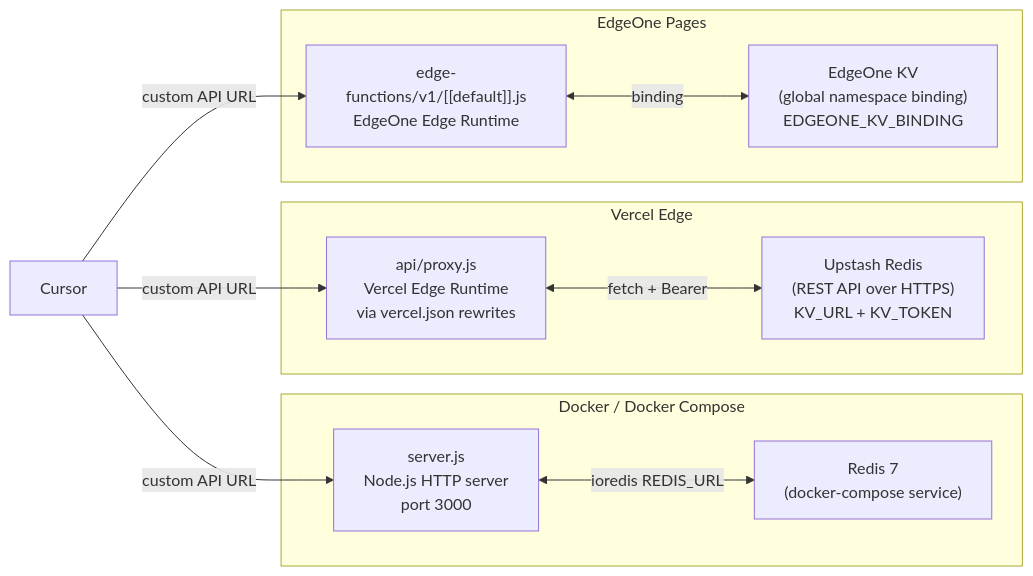
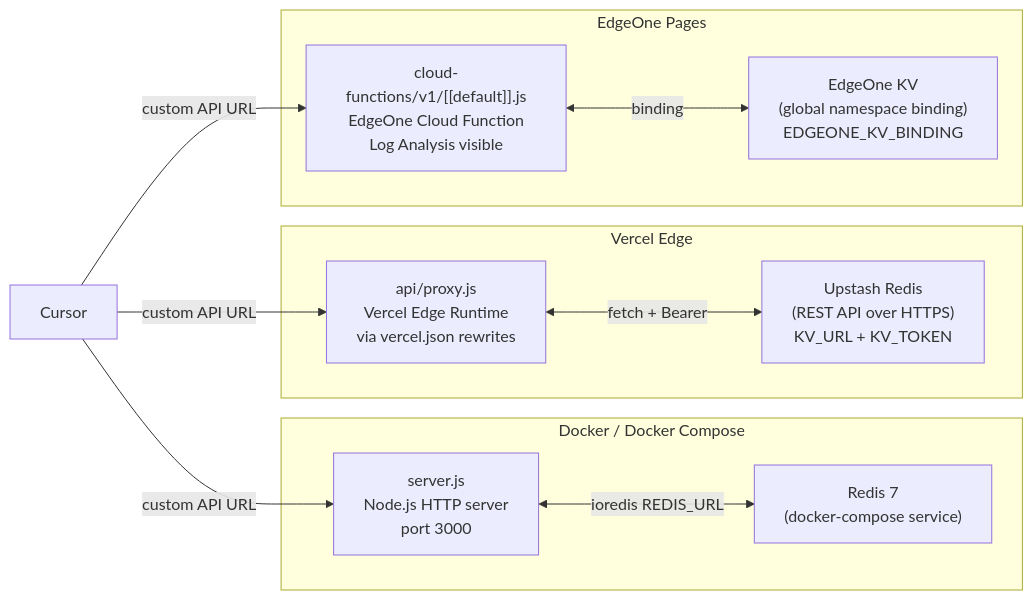
One commit to lqdflying/cursorProxy changed the second of 4 diagrams in doc/architecture-overview.md. Above: the diagram before and after it, drawn with Mermaid. The commit also changed other lines of this file and 22 other files, not shown here.

Commit message:
fix: route EdgeOne logs through cloud functions

````diff
--- a/doc/architecture-overview.md
+++ b/doc/architecture-overview.md
@@ -58,24 +58,24 @@
 ```mermaid
 flowchart LR
     subgraph "Docker / Docker Compose"
         SC["server.js\nNode.js HTTP server\nport 3000"]
         RD["Redis 7\n(docker-compose service)"]
         SC <-->|ioredis REDIS_URL| RD
     end
 
     subgraph "Vercel Edge"
         VEF["api/proxy.js\nVercel Edge Runtime\nvia vercel.json rewrites"]
         UP_KV["Upstash Redis\n(REST API over HTTPS)\nKV_URL + KV_TOKEN"]
         VEF <-->|fetch + Bearer| UP_KV
     end
 
     subgraph "EdgeOne Pages"
-        EOF["edge-functions/v1/[[default]].js\nEdgeOne Edge Runtime"]
+        EOF["cloud-functions/v1/[[default]].js\nEdgeOne Cloud Function\nLog Analysis visible"]
         EO_KV["EdgeOne KV\n(global namespace binding)\nEDGEONE_KV_BINDING"]
         EOF <-->|binding| EO_KV
     end
 
     Cursor -->|custom API URL| SC
     Cursor -->|custom API URL| VEF
     Cursor -->|custom API URL| EOF
 ```
````
